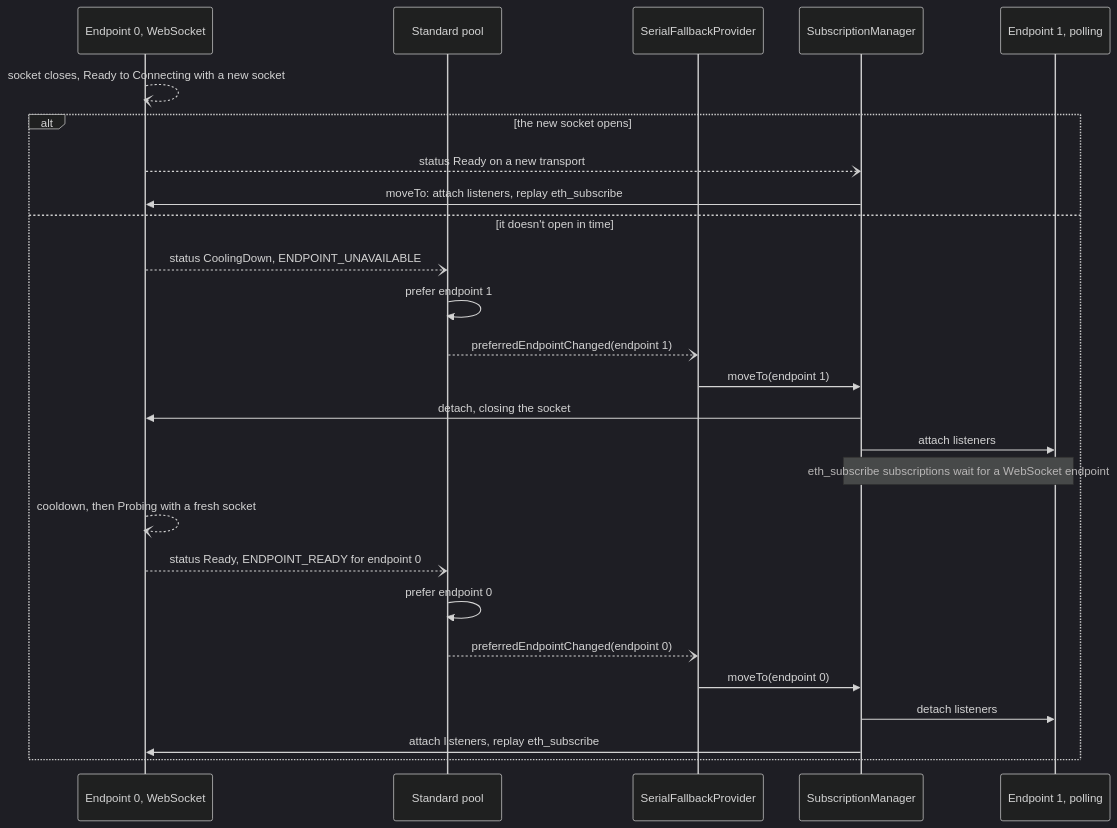
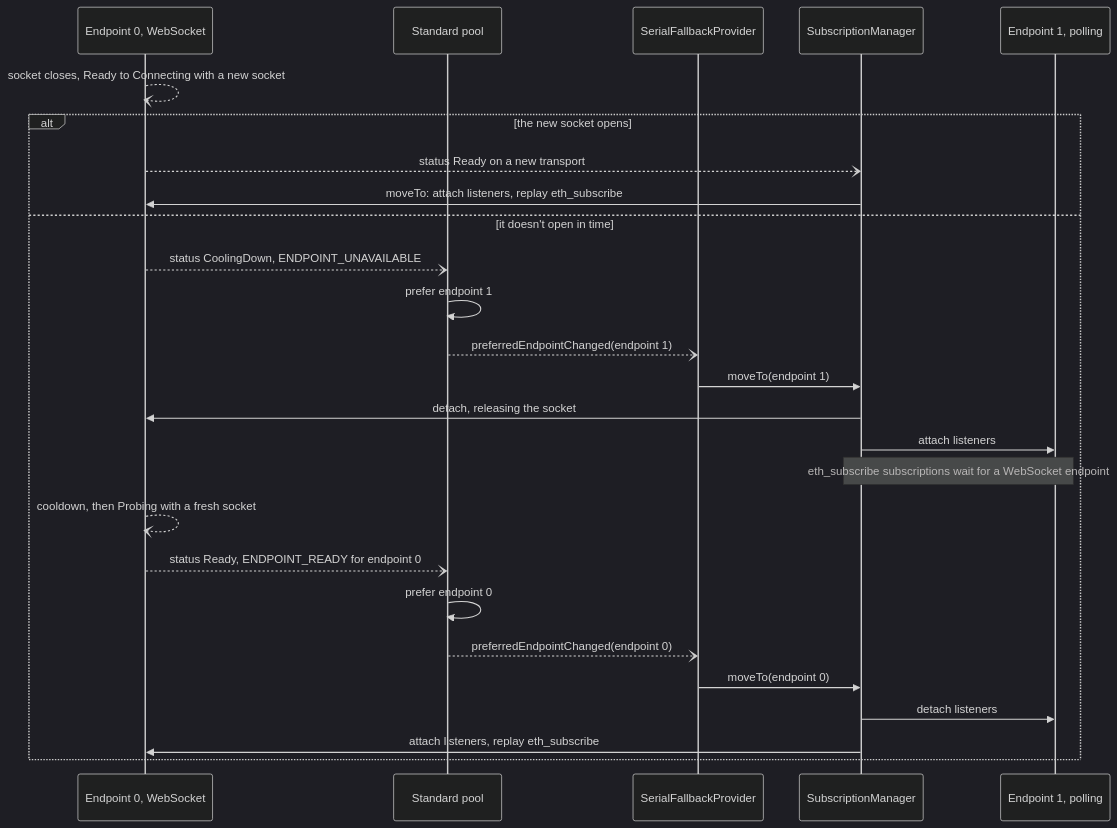
One commit to tahowallet/extension changed the fifth of 12 diagrams in background/services/chain/ARCHITECTURE.md. Above: the diagram before and after it, drawn with Mermaid (dark theme). The commit also changed other lines of this file and 5 other files, not shown here.

````diff
--- a/background/services/chain/ARCHITECTURE.md
+++ b/background/services/chain/ARCHITECTURE.md
@@ -358,28 +368,28 @@
 ```mermaid
 sequenceDiagram
   participant WS as Endpoint 0, WebSocket
   participant Pool as Standard pool
   participant SFP as SerialFallbackProvider
   participant SM as SubscriptionManager
   participant H as Endpoint 1, polling
   WS--)WS: socket closes, Ready to Connecting with a new socket
   alt the new socket opens
     WS--)SM: status Ready on a new transport
     SM->>WS: moveTo: attach listeners, replay eth_subscribe
   else it doesn't open in time
     WS--)Pool: status CoolingDown, ENDPOINT_UNAVAILABLE
     Pool->>Pool: prefer endpoint 1
     Pool--)SFP: preferredEndpointChanged(endpoint 1)
     SFP->>SM: moveTo(endpoint 1)
-    SM->>WS: detach, closing the socket
+    SM->>WS: detach, releasing the socket
     SM->>H: attach listeners
     Note over SM,H: eth_subscribe subscriptions wait for a WebSocket endpoint
     WS--)WS: cooldown, then Probing with a fresh socket
     WS--)Pool: status Ready, ENDPOINT_READY for endpoint 0
     Pool->>Pool: prefer endpoint 0
     Pool--)SFP: preferredEndpointChanged(endpoint 0)
     SFP->>SM: moveTo(endpoint 0)
     SM->>H: detach listeners
     SM->>WS: attach listeners, replay eth_subscribe
   end
 ```
````
